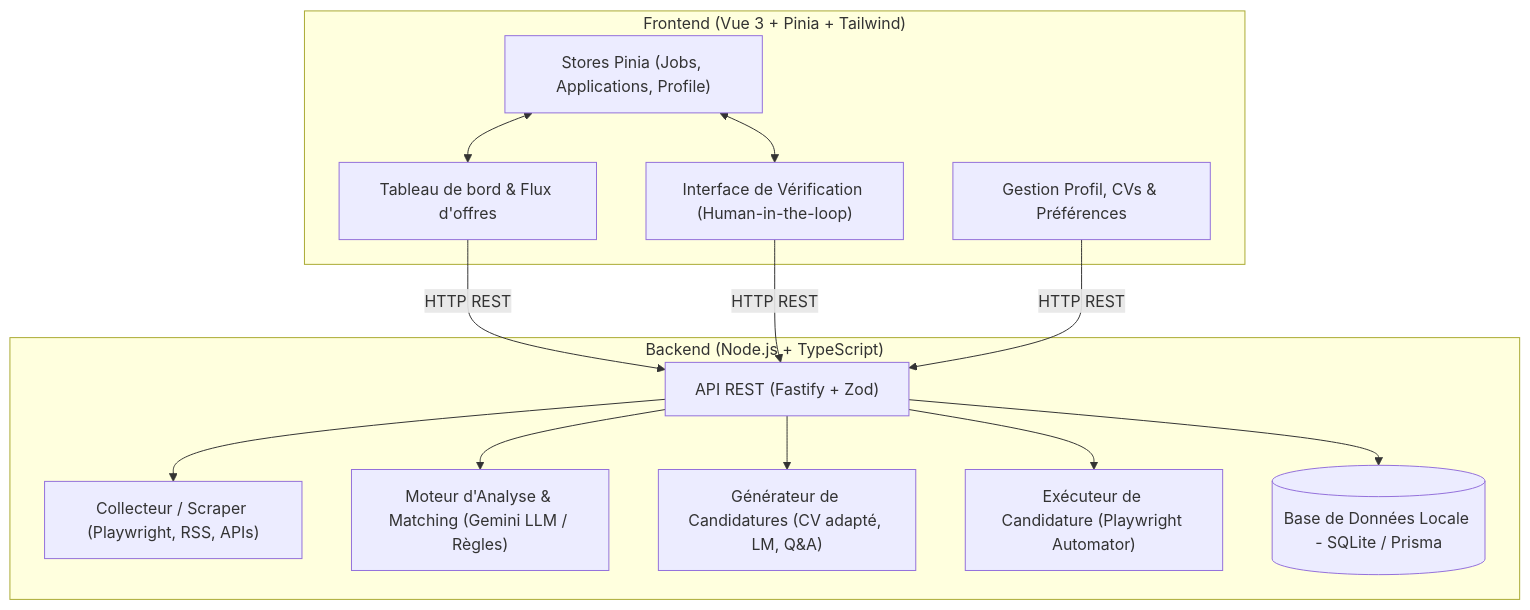
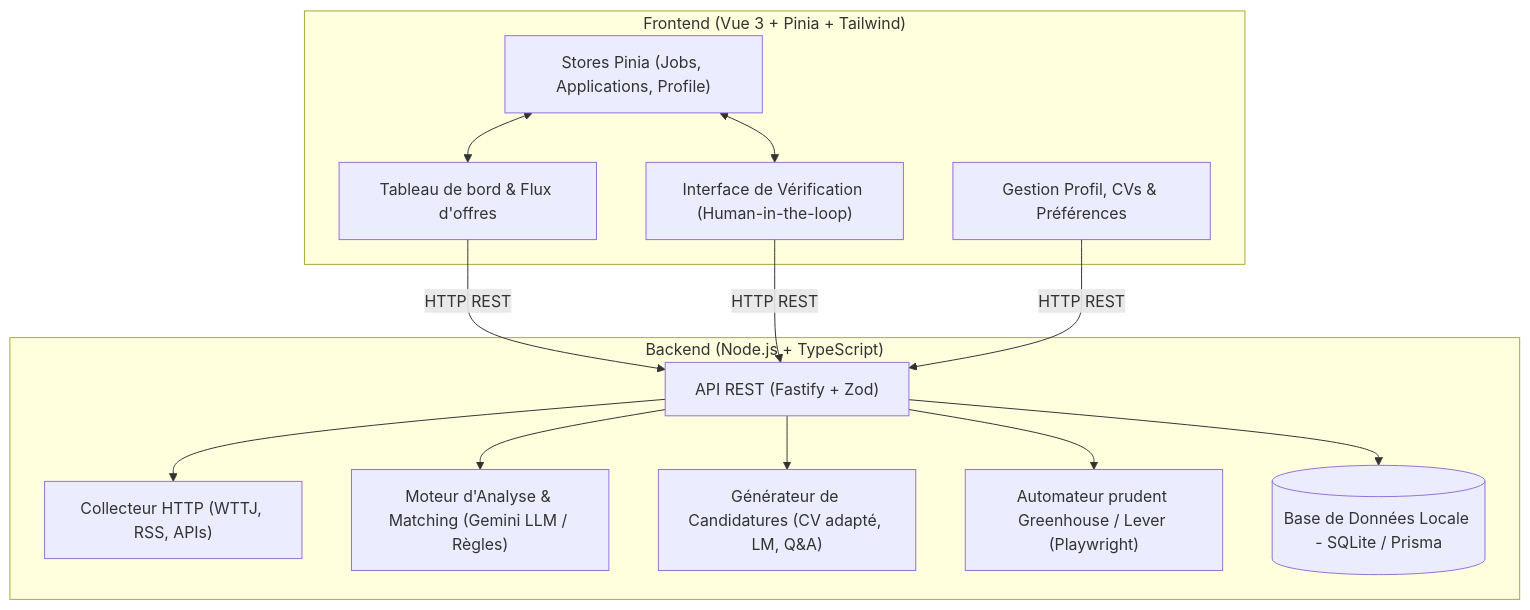
Before and after one commit to HangaWilfried/jober: the first of 3 diagrams in docs/ARCHITECTURE.md, drawn with Mermaid. The commit also changed other lines of this file and 41 other files, not shown here.

````diff
--- a/docs/ARCHITECTURE.md
+++ b/docs/ARCHITECTURE.md
@@ -11,30 +11,30 @@
 ```mermaid
 flowchart TD
     subgraph Frontend ["Frontend (Vue 3 + Pinia + Tailwind)"]
         UI_Dashboard["Tableau de bord & Flux d'offres"]
         UI_Review["Interface de Vérification (Human-in-the-loop)"]
         UI_Profile["Gestion Profil, CVs & Préférences"]
         Pinia_Store["Stores Pinia (Jobs, Applications, Profile)"]
     end
 
     subgraph Backend ["Backend (Node.js + TypeScript)"]
         API_Gateway["API REST (Fastify + Zod)"]
-        Module_Collector["Collecteur / Scraper (Playwright, RSS, APIs)"]
+        Module_Collector["Collecteur HTTP (WTTJ, RSS, APIs)"]
         Module_Analysis["Moteur d'Analyse & Matching (Gemini LLM / Règles)"]
         Module_Prep["Générateur de Candidatures (CV adapté, LM, Q&A)"]
-        Module_Automator["Exécuteur de Candidature (Playwright Automator)"]
+        Module_Automator["Automateur prudent Greenhouse / Lever (Playwright)"]
         DB[(Base de Données Locale - SQLite / Prisma)]
     end
 
     UI_Dashboard -->|HTTP REST| API_Gateway
     UI_Review -->|HTTP REST| API_Gateway
     UI_Profile -->|HTTP REST| API_Gateway
     Pinia_Store <--> UI_Dashboard
     Pinia_Store <--> UI_Review
 
     API_Gateway --> Module_Collector
     API_Gateway --> Module_Analysis
     API_Gateway --> Module_Prep
     API_Gateway --> Module_Automator
     API_Gateway --> DB
 ```
````
